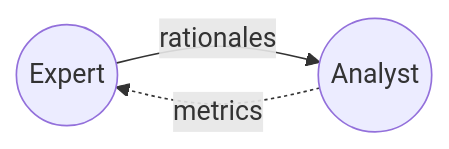
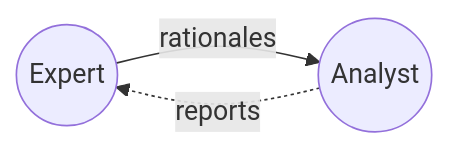
One commit to borisdev/research changed the third of 3 diagrams in tune-chatgpt/notes.md. Above: the diagram before and after it, drawn with Mermaid.

Commit message:
experiment new flow chart

````diff
--- a/tune-chatgpt/notes.md
+++ b/tune-chatgpt/notes.md
@@ -31,5 +31,5 @@
 ```mermaid
 flowchart LR
     E((Expert))-- rationales -->A((Analyst))
-    A((Analyst))-. metrics .->E((Expert))
+    A((Analyst))-. reports .->E((Expert))
 ```
````
